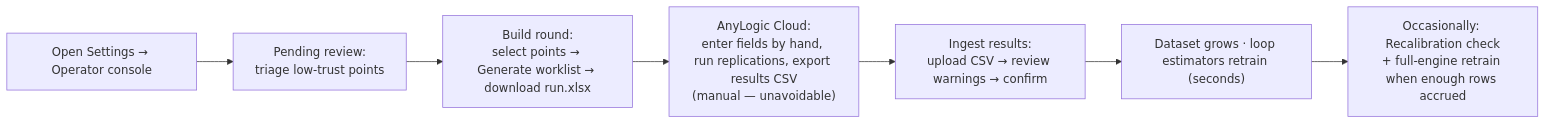
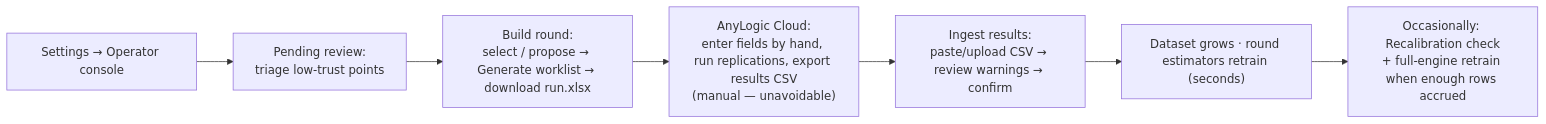
The third of 3 diagrams in docs/NOLHC_ML_Engine_Technical_Report.md (nilashree28-wq/NOLHC-ML-Engine), drawn with Mermaid before and after one commit. The commit also changed other lines of this file and 1 other file, not shown here.

Commit message:
docs: mark operator console + uncertainty UI as delivered (report §13, REPRODUCE)

````diff
--- a/docs/NOLHC_ML_Engine_Technical_Report.md
+++ b/docs/NOLHC_ML_Engine_Technical_Report.md
@@ -682,9 +684,9 @@
 ```mermaid
 flowchart LR
-    A["Open Settings → Operator console"] --> B["Pending review:<br/>triage low-trust points"]
-    B --> C["Build round:<br/>select points → Generate worklist → download run.xlsx"]
+    A["Settings → Operator console"] --> B["Pending review:<br/>triage low-trust points"]
+    B --> C["Build round:<br/>select / propose → Generate worklist → download run.xlsx"]
     C --> D["AnyLogic Cloud:<br/>enter fields by hand, run replications, export results CSV<br/>(manual — unavoidable)"]
-    D --> E["Ingest results:<br/>upload CSV → review warnings → confirm"]
-    E --> F["Dataset grows · loop estimators retrain (seconds)"]
+    D --> E["Ingest results:<br/>paste/upload CSV → review warnings → confirm"]
+    E --> F["Dataset grows · round estimators retrain (seconds)"]
     F --> G["Occasionally: Recalibration check<br/>+ full-engine retrain when enough rows accrued"]
 ```
````
